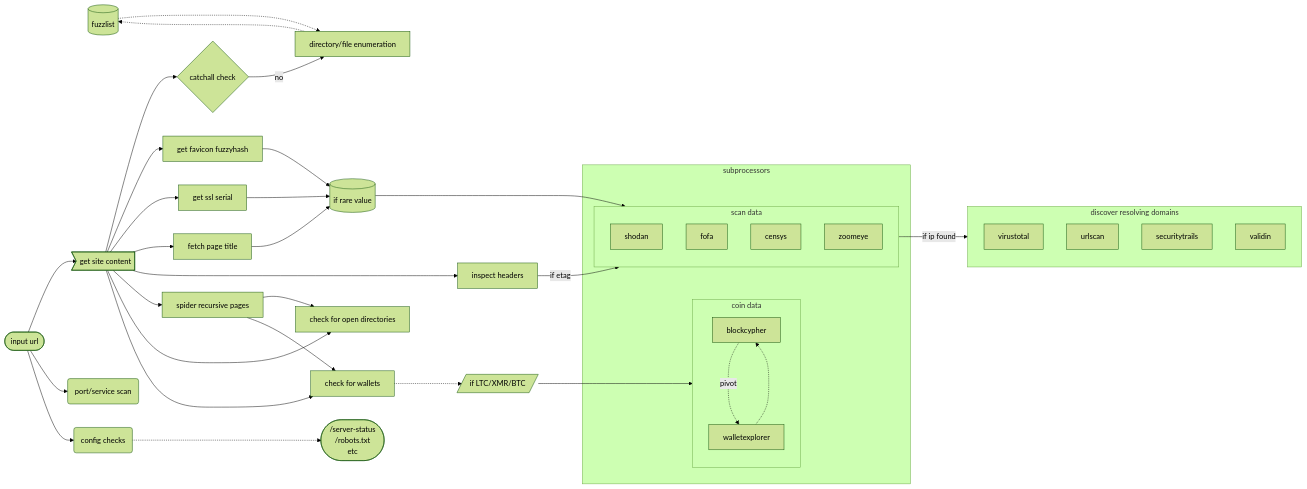
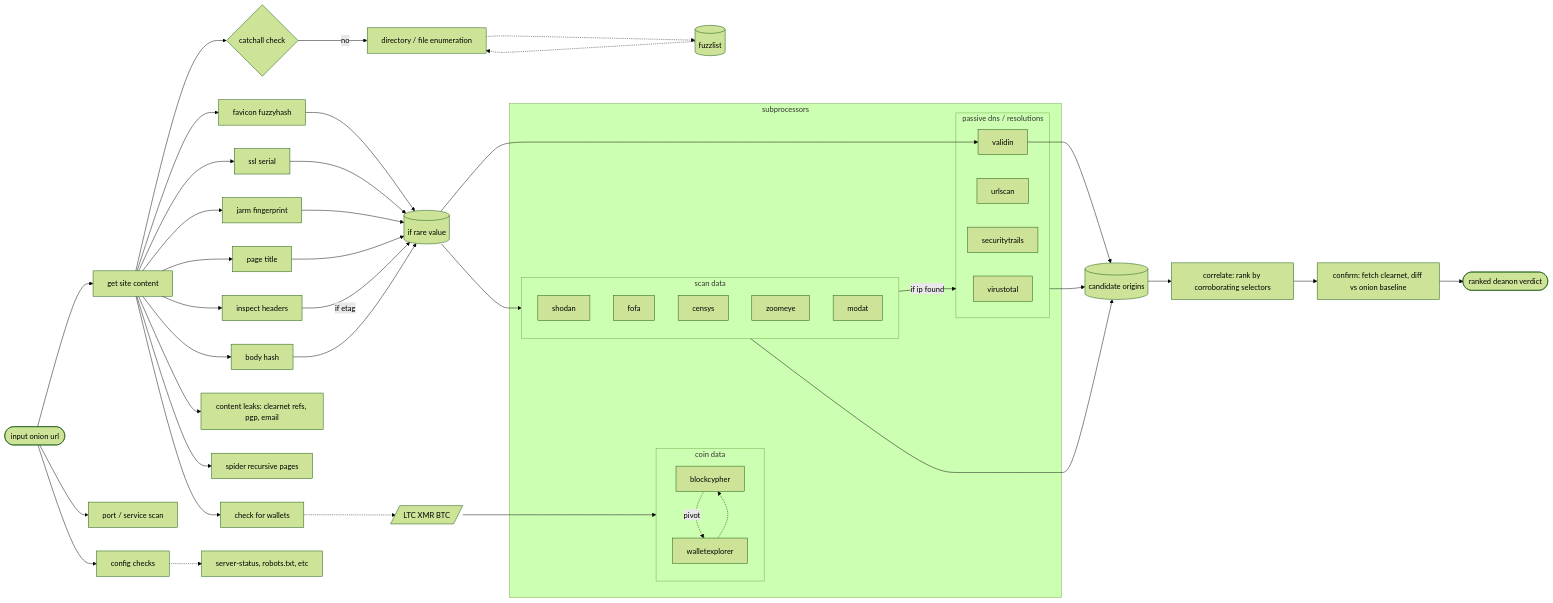
One commit to certrik/bebop changed the diagram in README.md. Above: the diagram before and after it, drawn with Mermaid (forest theme).

Commit message:
Fix broken README mermaid diagram
The architecture diagram used constructs GitHub's mermaid renderer rejects
(literal \n line breaks in labels, an asymmetric >text] node, and internal
slashes inside a [/.../] parallelogram label). Rewrote it with only broadly
supported shapes and edge-label syntax - verified it renders via mermaid-cli.

Also refreshed the content to match the current pipeline: added modat to the
scan-data sources, validin as a passive-DNS + host-response pivot, and the new
jarm / body-hash / content-leak extractors plus the correlate -> confirm ->
ranked-verdict deanonymisation flow.

````diff
--- a/README.md
+++ b/README.md
@@ -7,53 +7,65 @@
 ```mermaid
 graph LR
     subgraph subprocessors
-        subgraph cryptocurrency[coin data]
-        blockcypher
-        walletexplorer
-        blockcypher -..-> |pivot|walletexplorer
-        walletexplorer -..-> blockcypher
-        end
         subgraph netscans[scan data]
         shodan
         fofa
         censys
         zoomeye
+        modat
         end
-    end
-    subgraph domain[discover resolving domains]
+        subgraph pdns[passive dns / resolutions]
         virustotal
         urlscan
         securitytrails
         validin
+        end
+        subgraph coins[coin data]
+        blockcypher
+        walletexplorer
+        blockcypher -.pivot.-> walletexplorer
+        walletexplorer -.-> blockcypher
+        end
     end
-    netscans --> |if ip found|domain
+
+    anchor([input onion url]) --> mainget[get site content]
+    mainget --> catchallchk{catchall check}
+    catchallchk -- no --> fuzz[directory / file enumeration]
+    fuzz -.-> fuzzlist[(fuzzlist)]
+    fuzzlist -.-> fuzz
+
+    anchor --> scan[port / service scan]
+    anchor --> checker[config checks]
+    checker -.-> checks[server-status, robots.txt, etc]
+
+    mainget --> favicon[favicon fuzzyhash]
+    mainget --> sslserial[ssl serial]
+    mainget --> jarm[jarm fingerprint]
+    mainget --> title[page title]
+    mainget --> headers[inspect headers]
+    mainget --> body[body hash]
+    mainget --> leaks[content leaks: clearnet refs, pgp, email]
+    mainget --> spider[spider recursive pages]
+    mainget --> cryptoc[check for wallets]
+
     lookupsaver[(if rare value)]
-    fuzzlist[(fuzzlist)]
-    opndir[check for open directories]
-    cryptoc[check for wallets]
-    checks([/server-status\n/robots.txt\netc])
-    anchor([input url]) -->mainget>get site content]
-    mainget --> catchallchk{catchall check}
-    catchallchk -- no --> fuzz[directory/file enumeration]
-    fuzz -..-> fuzzlist
-    fuzzlist -..-> fuzz
-    anchor --> scan(port/service scan)
-    anchor --> checker(config checks)
-    checker -..-> checks
-    mainget --> favicon[get favicon fuzzyhash]
-    mainget --> sslserial[get ssl serial]
+    favicon --> lookupsaver
     sslserial --> lookupsaver
-    favicon --> lookupsaver
-    mainget --> title[fetch page title]
+    jarm --> lookupsaver
     title --> lookupsaver
-    mainget --> headers[inspect headers]
-    headers --> |if etag|netscans
+    body --> lookupsaver
+    headers -- if etag --> lookupsaver
     lookupsaver --> netscans
-    mainget --> spider[spider recursive pages]
-    mainget --> opndir
-    spider --> opndir
-    mainget --> cryptoc
-    spider --> cryptoc
-    cryptoc -..-> ifsupportedcoin[/if LTC/XMR/BTC/]
-    ifsupportedcoin --> cryptocurrency
+    lookupsaver --> validin
+
+    netscans -- if ip found --> pdns
+    cryptoc -.-> ifsupportedcoin[/LTC XMR BTC/]
+    ifsupportedcoin --> coins
+
+    netscans --> candidates[(candidate origins)]
+    pdns --> candidates
+    validin --> candidates
+    candidates --> correlate[correlate: rank by corroborating selectors]
+    correlate --> confirm[confirm: fetch clearnet, diff vs onion baseline]
+    confirm --> verdict([ranked deanon verdict])
 ```
````
